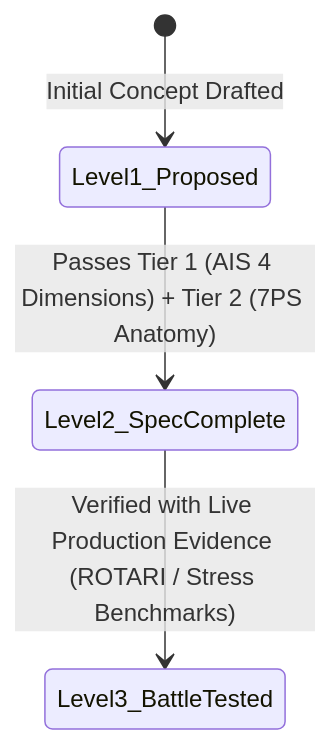
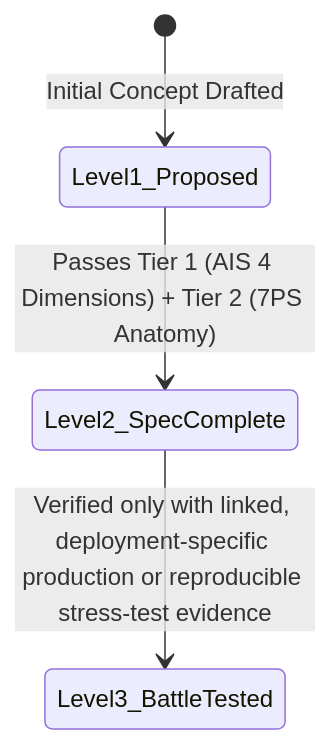
The second of 3 diagrams in FRAMEWORK.md (reviveproject4-source/OpenBSA), drawn with Mermaid before and after one commit. The commit also changed other lines of this file and 6 other files, not shown here.

````diff
--- a/FRAMEWORK.md
+++ b/FRAMEWORK.md
@@ -90,6 +90,6 @@
 ```mermaid
 stateDiagram-v2
     [*] --> Level1_Proposed: Initial Concept Drafted
     Level1_Proposed --> Level2_SpecComplete: Passes Tier 1 (AIS 4 Dimensions) + Tier 2 (7PS Anatomy)
-    Level2_SpecComplete --> Level3_BattleTested: Verified with Live Production Evidence (ROTARI / Stress Benchmarks)
+    Level2_SpecComplete --> Level3_BattleTested: Verified only with linked, deployment-specific production or reproducible stress-test evidence
 ```
````
